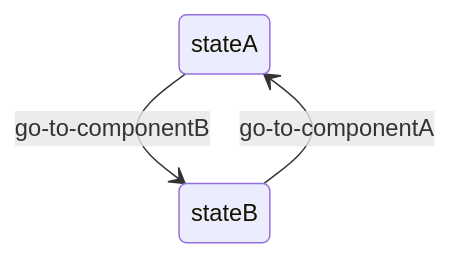
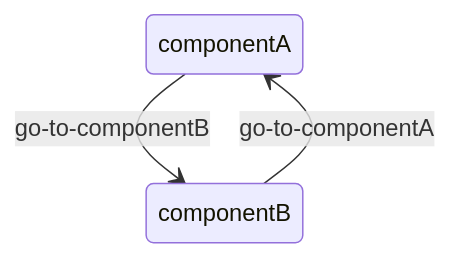
The diagram in README.md (javierlopezdeancos/react-against-the-machine), drawn with Mermaid before and after one commit.

Commit message:
docs: fix state diagram names

````diff
--- a/README.md
+++ b/README.md
@@ -304,5 +304,5 @@
 ```mermaid
 stateDiagram-v2
-  stateA --> stateB: go-to-componentB
-  stateB--> stateA: go-to-componentA
+  componentA --> componentB: go-to-componentB
+  componentB--> componentA: go-to-componentA
 ```
````
